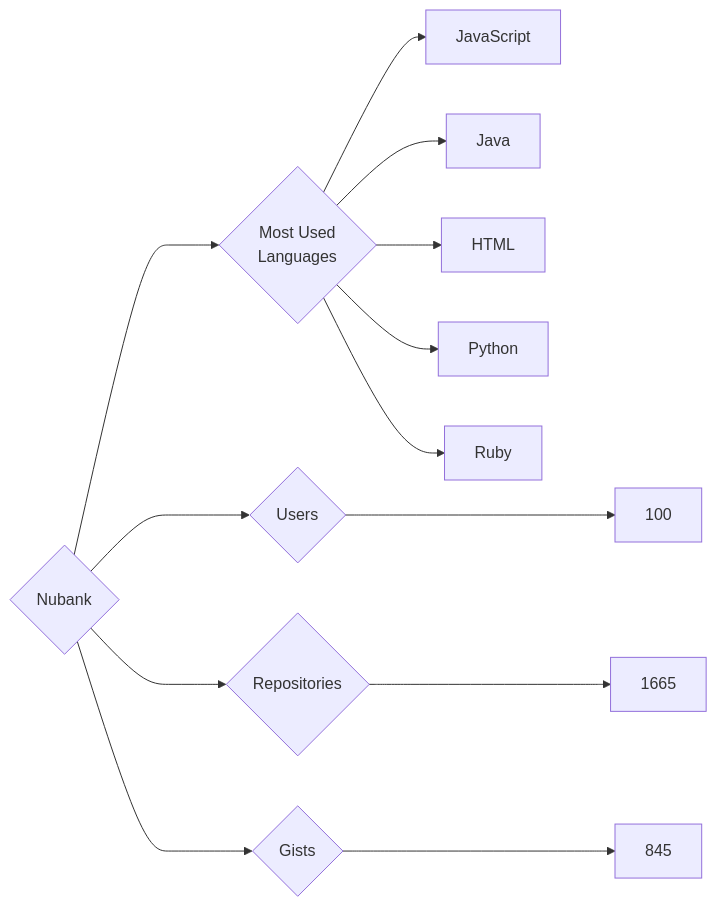
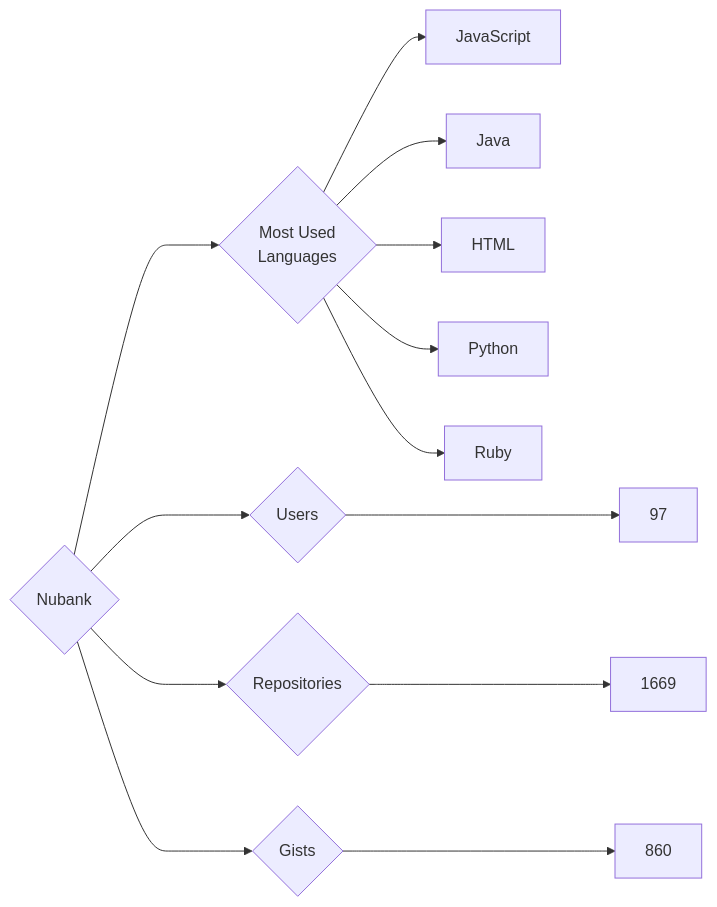
The diagram in targets/Nubank/README.md (trickest/insiders), drawn with Mermaid before and after one commit. The commit also changed 1479 other files, not shown here.

````diff
--- a/targets/Nubank/README.md
+++ b/targets/Nubank/README.md
@@ -3,13 +3,13 @@
 ```mermaid
 graph LR
 COMPANY_NAME{Nubank}
-COMPANY_NAME ---> U{Users} ---> UN[100]
-COMPANY_NAME ---> R{Repositories} ---> RN[1665]
-COMPANY_NAME ---> G{Gists} ---> GN[845]
+COMPANY_NAME ---> U{Users} ---> UN[97]
+COMPANY_NAME ---> R{Repositories} ---> RN[1669]
+COMPANY_NAME ---> G{Gists} ---> GN[860]
 COMPANY_NAME ---> ML{Most Used<br>Languages}
 ML --> JavaScript[JavaScript]
 ML --> Java[Java]
 ML --> HTML[HTML]
 ML --> Python[Python]
 ML --> Ruby[Ruby]
 ```
````
